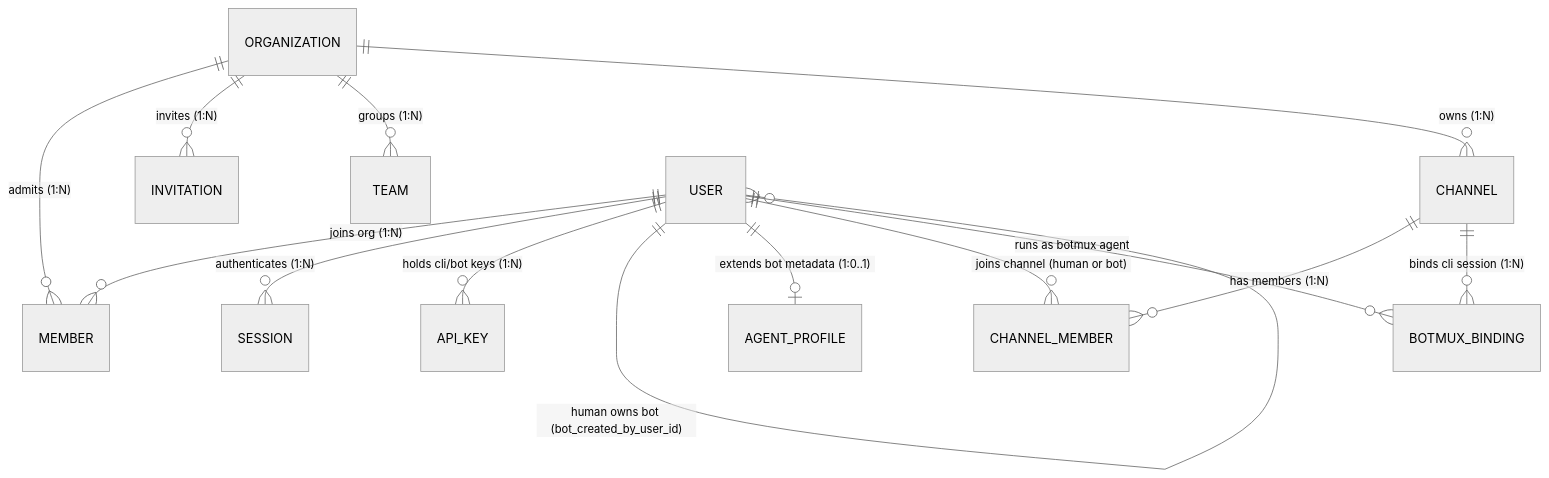
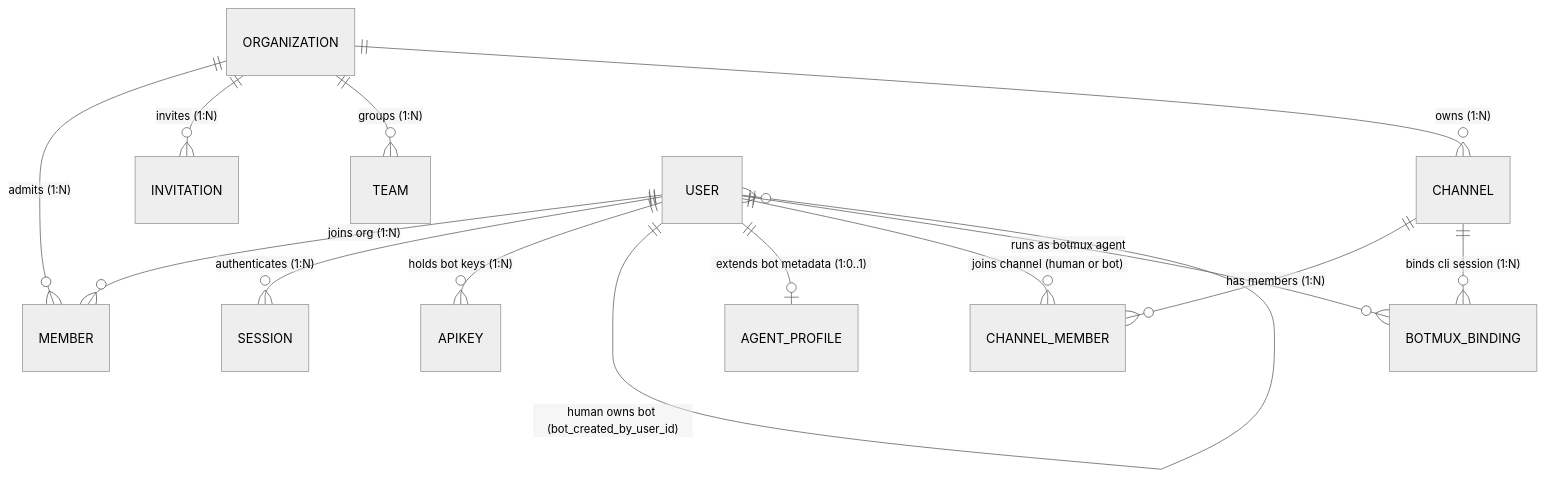
The diagram in docs/auth-and-buzz-alignment.md (microvoid/bubai), drawn with Mermaid (neutral theme) before and after one commit. The commit also changed other lines of this file and 8 other files, not shown here.

````diff
--- a/docs/auth-and-buzz-alignment.md
+++ b/docs/auth-and-buzz-alignment.md
@@ -48,16 +46,16 @@
 ```mermaid
 erDiagram
     ORGANIZATION ||--o{ MEMBER : "admits (1:N)"
     ORGANIZATION ||--o{ INVITATION : "invites (1:N)"
     ORGANIZATION ||--o{ TEAM : "groups (1:N)"
     ORGANIZATION ||--o{ CHANNEL : "owns (1:N)"
     USER ||--o{ MEMBER : "joins org (1:N)"
     USER ||--o{ SESSION : "authenticates (1:N)"
-    USER ||--o{ API_KEY : "holds cli/bot keys (1:N)"
+    USER ||--o{ APIKEY : "holds bot keys (1:N)"
     USER ||--o{ USER : "human owns bot (bot_created_by_user_id)"
     USER ||--o| AGENT_PROFILE : "extends bot metadata (1:0..1)"
     CHANNEL ||--o{ CHANNEL_MEMBER : "has members (1:N)"
     USER ||--o{ CHANNEL_MEMBER : "joins channel (human or bot)"
     CHANNEL ||--o{ BOTMUX_BINDING : "binds cli session (1:N)"
     USER ||--o{ BOTMUX_BINDING : "runs as botmux agent"
 ```
````
